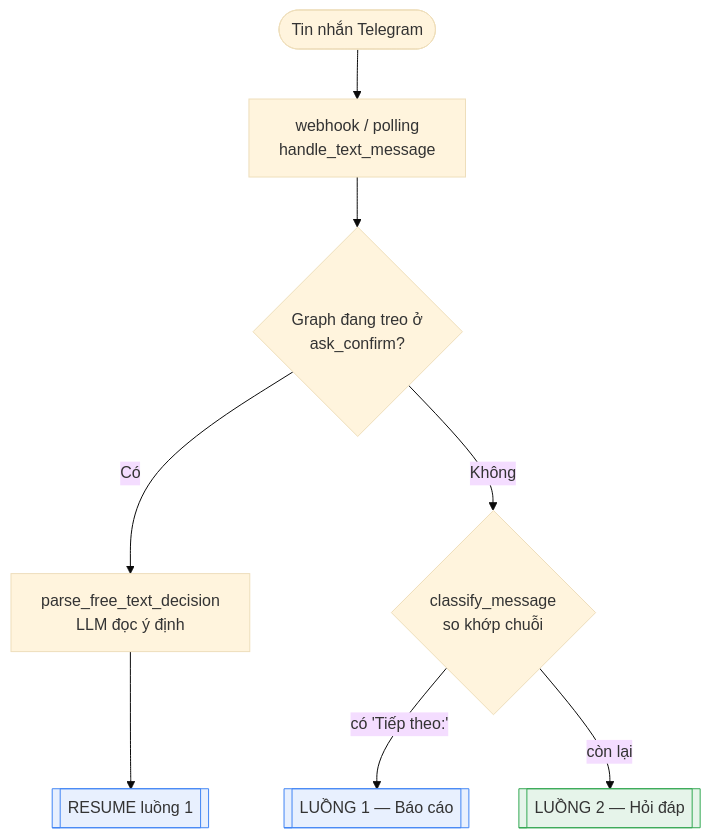
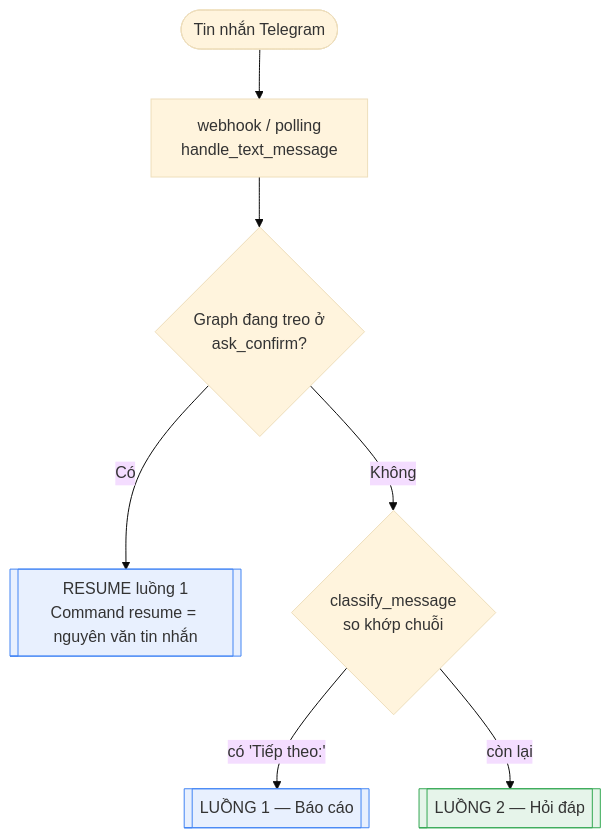
Before and after one commit to NguyenQuyenHacker/Telegram-Agent-Reminder-TAR-: the first of 3 diagrams in docs/luong-xu-ly-agent.md, drawn with Mermaid (base theme). The commit also changed other lines of this file and 18 other files, not shown here.

````diff
--- a/docs/luong-xu-ly-agent.md
+++ b/docs/luong-xu-ly-agent.md
@@ -36,16 +36,15 @@
 ```mermaid
 flowchart TD
     TG([Tin nhắn Telegram]) --> WH[webhook / polling<br/>handle_text_message]
     WH --> AWAIT{Graph đang treo ở<br/>ask_confirm?}
 
-    AWAIT -->|Có| DEC[parse_free_text_decision<br/>LLM đọc ý định]
-    DEC --> RESUME[[RESUME luồng 1]]
+    AWAIT -->|Có| RESUME[[RESUME luồng 1<br/>Command resume = nguyên văn tin nhắn]]
 
     AWAIT -->|Không| CLS{classify_message<br/>so khớp chuỗi}
     CLS -->|có 'Tiếp theo:'| L1[[LUỒNG 1 — Báo cáo]]
     CLS -->|còn lại| L2[[LUỒNG 2 — Hỏi đáp]]
 
     style L1 fill:#e8f0fe,stroke:#4285f4
     style L2 fill:#e6f4ea,stroke:#34a853
     style RESUME fill:#e8f0fe,stroke:#4285f4
 ```
````
